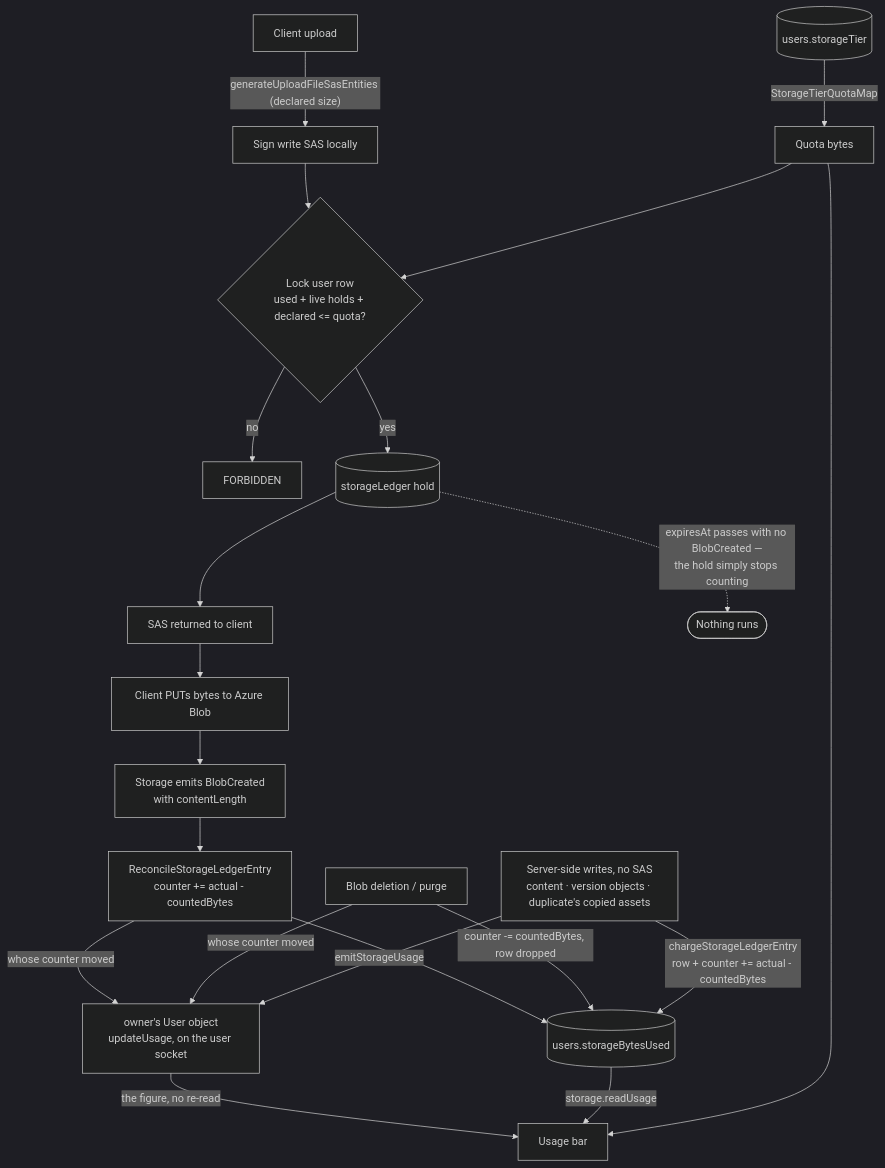
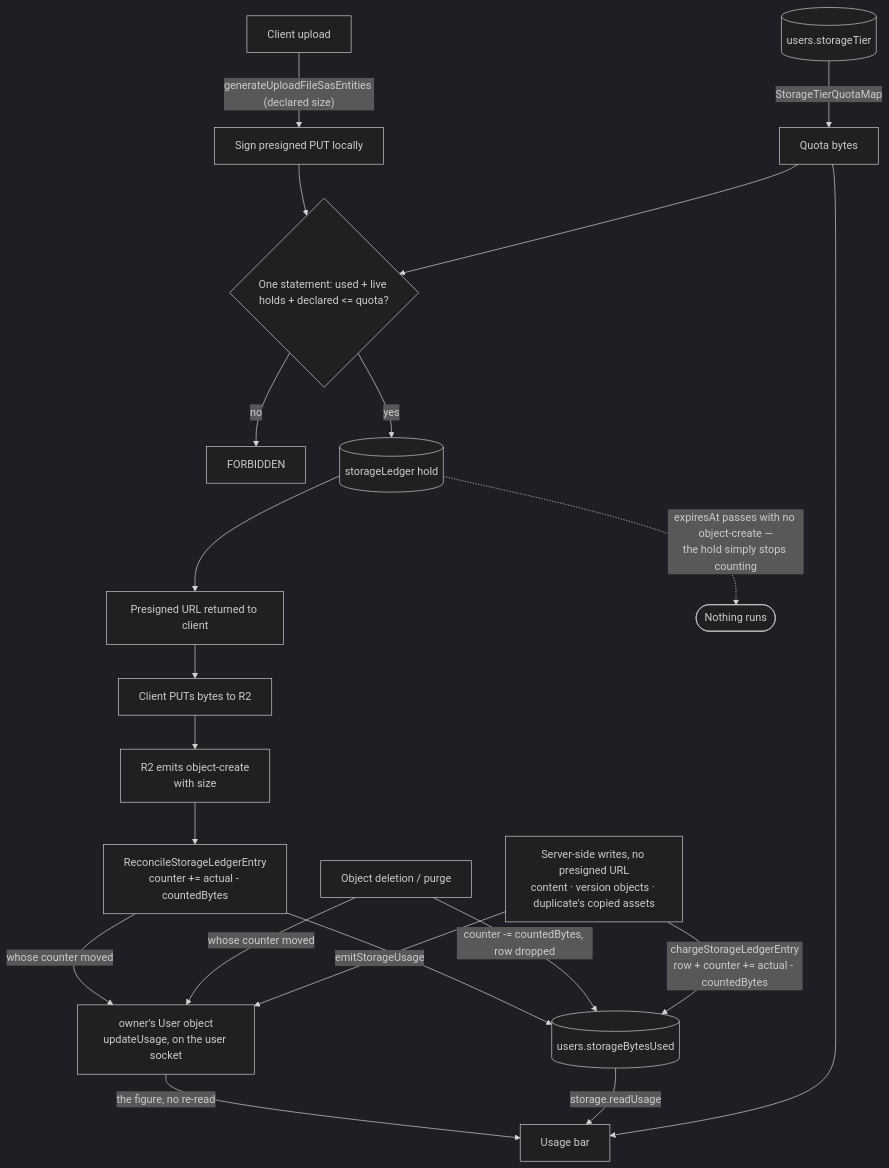
The diagram in openspec/specs/resource/storage-quotas/design.md (Esposter/Esposter), drawn with Mermaid (dark theme) before and after one commit. The commit also changed other lines of this file and 1 other file, not shown here.

First line of the commit message:
docs(openspec): the storage ledger charges R2 object-create events through the reconcile queue

````diff
--- a/openspec/specs/resource/storage-quotas/design.md
+++ b/openspec/specs/resource/storage-quotas/design.md
@@ -18,23 +18,23 @@
 ```mermaid
 flowchart TD
-  client[Client upload] -->|"generateUploadFileSasEntities (declared size)"| sign[Sign write SAS locally]
-  sign --> reserve{"Lock user row<br/>used + live holds + declared &lt;= quota?"}
+  client[Client upload] -->|"generateUploadFileSasEntities (declared size)"| sign[Sign presigned PUT locally]
+  sign --> reserve{"One statement: used + live holds + declared &lt;= quota?"}
   reserve -->|no| reject["FORBIDDEN"]
   reserve -->|yes| ledger[("storageLedger hold")]
-  ledger --> respond[SAS returned to client]
-  respond --> put[Client PUTs bytes to Azure Blob]
-  put --> created["Storage emits BlobCreated<br/>with contentLength"]
+  ledger --> respond[Presigned URL returned to client]
+  respond --> put[Client PUTs bytes to R2]
+  put --> created["R2 emits object-create<br/>with size"]
   created --> reconcile["ReconcileStorageLedgerEntry<br/>counter += actual - countedBytes"]
   reconcile --> counter[("users.storageBytesUsed")]
-  del["Blob deletion / purge"] -->|"counter -= countedBytes, row dropped"| counter
-  save["Server-side writes, no SAS<br/>content · version objects · duplicate's copied assets"] -->|"chargeStorageLedgerEntry<br/>row + counter += actual - countedBytes"| counter
-  ledger -.->|"expiresAt passes with no BlobCreated —<br/>the hold simply stops counting"| gone(["Nothing runs"])
+  del["Object deletion / purge"] -->|"counter -= countedBytes, row dropped"| counter
+  save["Server-side writes, no presigned URL<br/>content · version objects · duplicate's copied assets"] -->|"chargeStorageLedgerEntry<br/>row + counter += actual - countedBytes"| counter
+  ledger -.->|"expiresAt passes with no object-create —<br/>the hold simply stops counting"| gone(["Nothing runs"])
   reconcile -->|"whose counter moved"| uo["owner's User object<br/>updateUsage, on the user socket"]
   del -->|"whose counter moved"| uo
   save -->|"emitStorageUsage"| uo
   uo -->|"the figure, no re-read"| ui
   counter -->|storage.readUsage| ui["Usage bar"]
   tier[("users.storageTier")] -->|StorageTierQuotaMap| quota[Quota bytes]
   quota --> reserve
   quota --> ui
 ```
````
